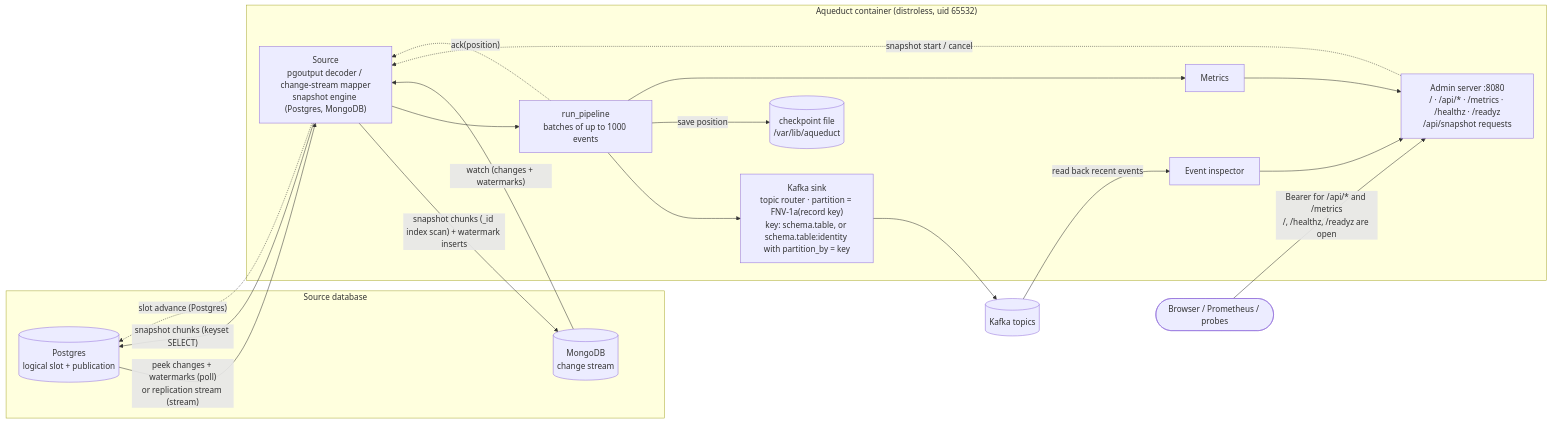
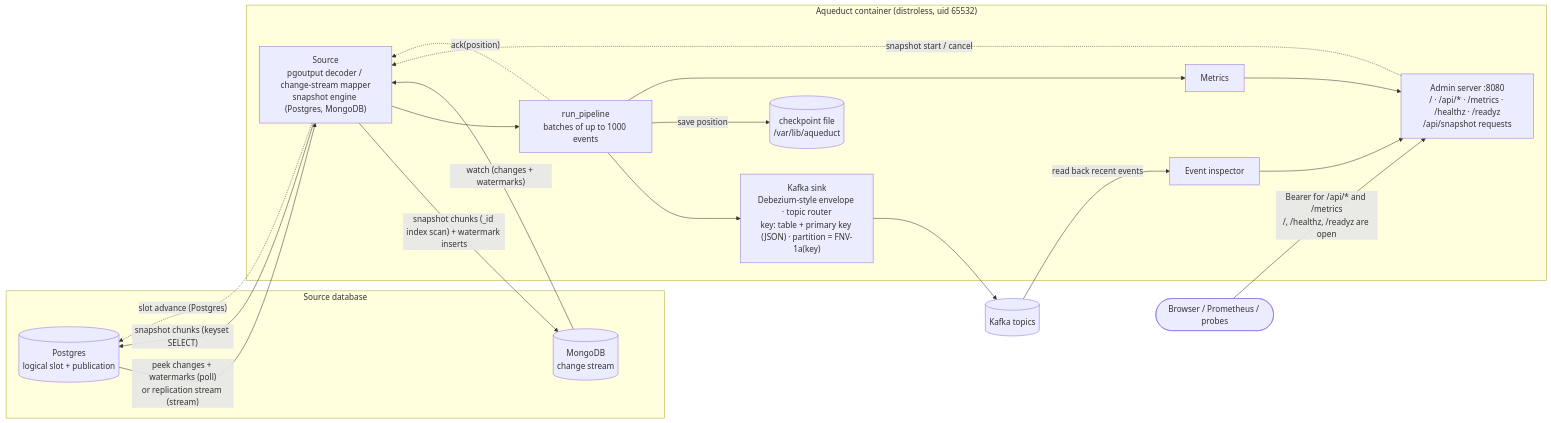
The first of 3 diagrams in README.md (yarncraft/aqueduct), drawn with Mermaid before and after one commit. The commit also changed other lines of this file and 15 other files, not shown here.

First line of the commit message:
feat(kafka)!: publish events in Debezium's format (#138)

````diff
--- a/README.md
+++ b/README.md
@@ -18,33 +18,33 @@
 ```mermaid
 flowchart LR
     subgraph db["Source database"]
         PG[("Postgres<br/>logical slot + publication")]
         MG[("MongoDB<br/>change stream")]
     end
 
     subgraph aq["Aqueduct container (distroless, uid 65532)"]
         SRC["Source<br/>pgoutput decoder / change-stream mapper<br/>snapshot engine (Postgres, MongoDB)"]
         PIPE["run_pipeline<br/>batches of up to 1000 events"]
-        SINK["Kafka sink<br/>topic router · partition = FNV-1a(record key)<br/>key: schema.table, or schema.table:identity with partition_by = key"]
+        SINK["Kafka sink<br/>Debezium-style envelope · topic router<br/>key: table + primary key (JSON) · partition = FNV-1a(key)"]
         CK[("checkpoint file<br/>/var/lib/aqueduct")]
         MET["Metrics"]
         ADM["Admin server :8080<br/>/ · /api/* · /metrics · /healthz · /readyz<br/>/api/snapshot requests"]
         INS["Event inspector"]
     end
 
     K[("Kafka topics")]
     U(["Browser / Prometheus / probes"])
 
     PG -- "peek changes + watermarks (poll)<br/>or replication stream (stream)" --> SRC
     SRC -- "snapshot chunks (keyset SELECT)" --> PG
     MG -- "watch (changes + watermarks)" --> SRC
     SRC -- "snapshot chunks (_id index scan) + watermark inserts" --> MG
     SRC --> PIPE --> SINK --> K
     PIPE -- "save position" --> CK
     PIPE -. "ack(position)" .-> SRC
     SRC -. "slot advance (Postgres)" .-> PG
     PIPE --> MET --> ADM
     ADM -. "snapshot start / cancel" .-> SRC
     K -- "read back recent events" --> INS --> ADM
     U -- "Bearer for /api/* and /metrics<br/>/, /healthz, /readyz are open" --> ADM
 ```
````
